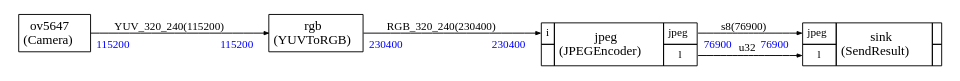
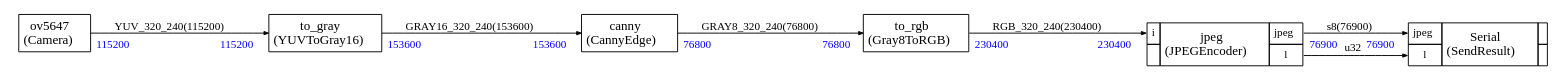
The diagram in EPII_CM55M_APP_S/app/scenario_app/cmsis_stream_app/cv.dot (xavierbrgt/Seeed_Grove_Vision_AI_Module_V2), drawn with Graphviz before and after one commit. The commit also changed 755 other files, not shown here.

Commit message:
Added cmsis-dsp, cmsis-cv, canny edge ...

```diff
--- a/EPII_CM55M_APP_S/app/scenario_app/cmsis_stream_app/cv.dot
+++ b/EPII_CM55M_APP_S/app/scenario_app/cmsis_stream_app/cv.dot
@@ -1,83 +1,109 @@
 
 
 
 
 digraph structs {
     bgcolor = "white"
     node [shape=plaintext,color="black",fontcolor="black",fontname="Times-Roman"]
     rankdir=LR
     edge [arrowsize="0.5",color="black",fontcolor="black",fontname="Times-Roman"]
 
+
+
+Serial [label=<
+<TABLE color="black" bgcolor="none" BORDER="0" CELLBORDER="1" CELLSPACING="0" CELLPADDING="4">
+  <TR>
+    <TD PORT="jpeg"><FONT POINT-SIZE="12.0" COLOR="black">jpeg</FONT></TD>
+    <TD ALIGN="CENTER" ROWSPAN="2"><FONT COLOR="black" POINT-SIZE="14.0">Serial<BR/>(SendResult)</FONT></TD>
+    <TD></TD>
+  </TR>
+<TR>
+<TD PORT="l"><FONT POINT-SIZE="12.0" COLOR="black">l</FONT></TD>
+
+ 
+<TD></TD></TR>
+
+</TABLE>>];
+
+canny [label=<
+<TABLE color="black" bgcolor="none" BORDER="0" CELLBORDER="1" CELLSPACING="0" CELLPADDING="4">
+  <TR>
+    <TD ALIGN="CENTER" PORT="i"><FONT COLOR="black" POINT-SIZE="14.0">canny<BR/>(CannyEdge)</FONT></TD>
+  </TR>
+</TABLE>>];
 
 
 jpeg [label=<
 <TABLE color="black" bgcolor="none" BORDER="0" CELLBORDER="1" CELLSPACING="0" CELLPADDING="4">
   <TR>
     <TD PORT="i"><FONT POINT-SIZE="12.0" COLOR="black">i</FONT></TD>
     <TD ALIGN="CENTER" ROWSPAN="2"><FONT COLOR="black" POINT-SIZE="14.0">jpeg<BR/>(JPEGEncoder)</FONT></TD>
     <TD PORT="jpeg"><FONT POINT-SIZE="12.0" COLOR="black">jpeg</FONT></TD>
   </TR>
 <TR>
  
 <TD></TD>
 <TD PORT="l"><FONT POINT-SIZE="12.0" COLOR="black">l</FONT></TD>
 </TR>
 
 </TABLE>>];
 
 ov5647 [label=<
 <TABLE color="black" bgcolor="none" BORDER="0" CELLBORDER="1" CELLSPACING="0" CELLPADDING="4">
   <TR>
     <TD ALIGN="CENTER" PORT="i"><FONT COLOR="black" POINT-SIZE="14.0">ov5647<BR/>(Camera)</FONT></TD>
   </TR>
 </TABLE>>];
 
-rgb [label=<
+to_gray [label=<
 <TABLE color="black" bgcolor="none" BORDER="0" CELLBORDER="1" CELLSPACING="0" CELLPADDING="4">
   <TR>
-    <TD ALIGN="CENTER" PORT="i"><FONT COLOR="black" POINT-SIZE="14.0">rgb<BR/>(YUVToRGB)</FONT></TD>
+    <TD ALIGN="CENTER" PORT="i"><FONT COLOR="black" POINT-SIZE="14.0">to_gray<BR/>(YUVToGray16)</FONT></TD>
+  </TR>
+</TABLE>>];
+
+to_rgb [label=<
+<TABLE color="black" bgcolor="none" BORDER="0" CELLBORDER="1" CELLSPACING="0" CELLPADDING="4">
+  <TR>
+    <TD ALIGN="CENTER" PORT="i"><FONT COLOR="black" POINT-SIZE="14.0">to_rgb<BR/>(Gray8ToRGB)</FONT></TD>
   </TR>
 </TABLE>>];
 
 
-sink [label=<
-<TABLE color="black" bgcolor="none" BORDER="0" CELLBORDER="1" CELLSPACING="0" CELLPADDING="4">
-  <TR>
-    <TD PORT="jpeg"><FONT POINT-SIZE="12.0" COLOR="black">jpeg</FONT></TD>
-    <TD ALIGN="CENTER" ROWSPAN="2"><FONT COLOR="black" POINT-SIZE="14.0">sink<BR/>(SendResult)</FONT></TD>
-    <TD></TD>
-  </TR>
-<TR>
-<TD PORT="l"><FONT POINT-SIZE="12.0" COLOR="black">l</FONT></TD>
 
- 
-<TD></TD></TR>
-
-</TABLE>>];
-
-
-
-ov5647:i -> rgb:i [style="solid",color="black",fontsize="12.0",fontcolor="black",label=<YUV_320_240(115200)>
+ov5647:i -> to_gray:i [style="solid",color="black",fontsize="12.0",fontcolor="black",label=<YUV_320_240(115200)>
 ,headlabel=<<TABLE BORDER="0" CELLPADDING="4"><TR><TD><FONT COLOR="blue" POINT-SIZE="12.0" >115200</FONT>
 </TD></TR></TABLE>>
 ,taillabel=<<TABLE BORDER="0" CELLPADDING="4"><TR><TD><FONT COLOR="blue" POINT-SIZE="12.0" >115200</FONT>
 </TD></TR></TABLE>>]
 
-rgb:i -> jpeg:i [style="solid",color="black",fontsize="12.0",fontcolor="black",label=<RGB_320_240(230400)>
+to_gray:i -> canny:i [style="solid",color="black",fontsize="12.0",fontcolor="black",label=<GRAY16_320_240(153600)>
+,headlabel=<<TABLE BORDER="0" CELLPADDING="4"><TR><TD><FONT COLOR="blue" POINT-SIZE="12.0" >153600</FONT>
+</TD></TR></TABLE>>
+,taillabel=<<TABLE BORDER="0" CELLPADDING="4"><TR><TD><FONT COLOR="blue" POINT-SIZE="12.0" >153600</FONT>
+</TD></TR></TABLE>>]
+
+canny:i -> to_rgb:i [style="solid",color="black",fontsize="12.0",fontcolor="black",label=<GRAY8_320_240(76800)>
+,headlabel=<<TABLE BORDER="0" CELLPADDING="4"><TR><TD><FONT COLOR="blue" POINT-SIZE="12.0" >76800</FONT>
+</TD></TR></TABLE>>
+,taillabel=<<TABLE BORDER="0" CELLPADDING="4"><TR><TD><FONT COLOR="blue" POINT-SIZE="12.0" >76800</FONT>
+</TD></TR></TABLE>>]
+
+to_rgb:i -> jpeg:i [style="solid",color="black",fontsize="12.0",fontcolor="black",label=<RGB_320_240(230400)>
 ,headlabel=<<TABLE BORDER="0" CELLPADDING="4"><TR><TD><FONT COLOR="blue" POINT-SIZE="12.0" >230400</FONT>
 </TD></TR></TABLE>>
 ,taillabel=<<TABLE BORDER="0" CELLPADDING="4"><TR><TD><FONT COLOR="blue" POINT-SIZE="12.0" >230400</FONT>
 </TD></TR></TABLE>>]
 
-jpeg:jpeg -> sink:jpeg [style="solid",color="black",fontsize="12.0",fontcolor="black",label=<s8(76900)>
+jpeg:jpeg -> Serial:jpeg [style="solid",color="black",fontsize="12.0",fontcolor="black",label=<s8(76900)>
 ,headlabel=<<TABLE BORDER="0" CELLPADDING="4"><TR><TD><FONT COLOR="blue" POINT-SIZE="12.0" >76900</FONT>
 </TD></TR></TABLE>>
 ,taillabel=<<TABLE BORDER="0" CELLPADDING="4"><TR><TD><FONT COLOR="blue" POINT-SIZE="12.0" >76900</FONT>
 </TD></TR></TABLE>>]
 
-jpeg:l -> sink:l [style="solid",color="black",fontsize="12.0",fontcolor="black",label=<u32>
+jpeg:l -> Serial:l [style="solid",color="black",fontsize="12.0",fontcolor="black",label=<u32>
 
 ]
 
 
 }
```
